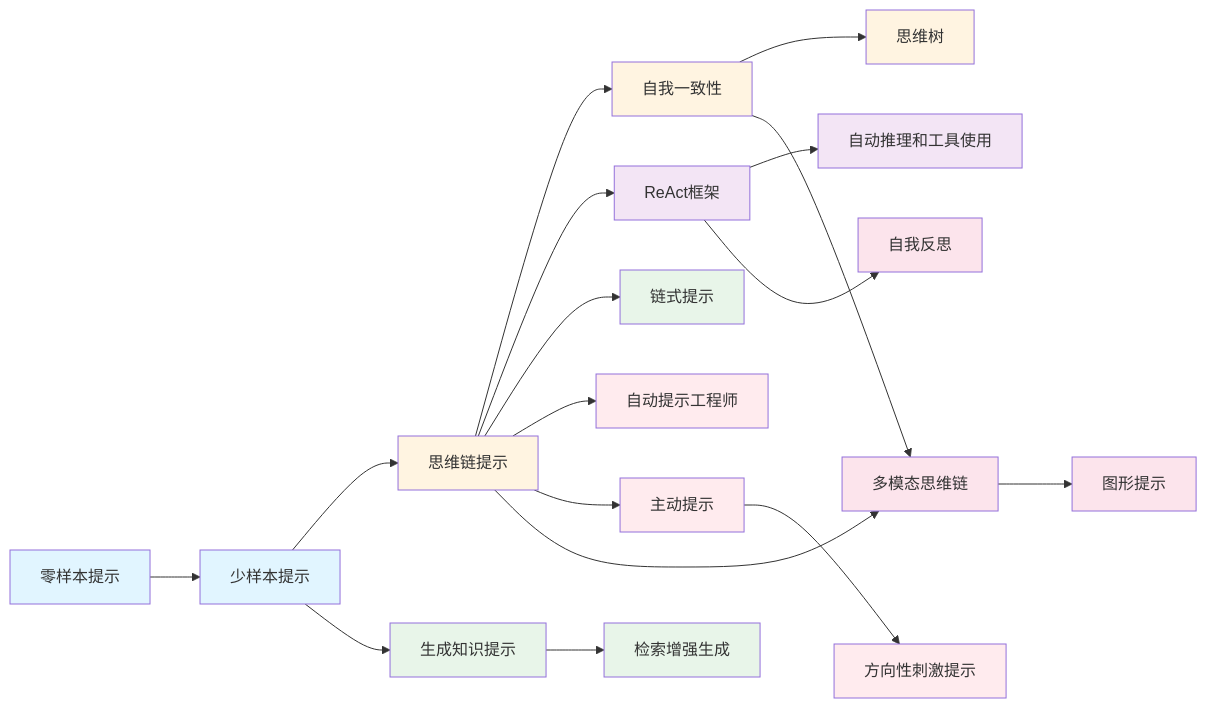
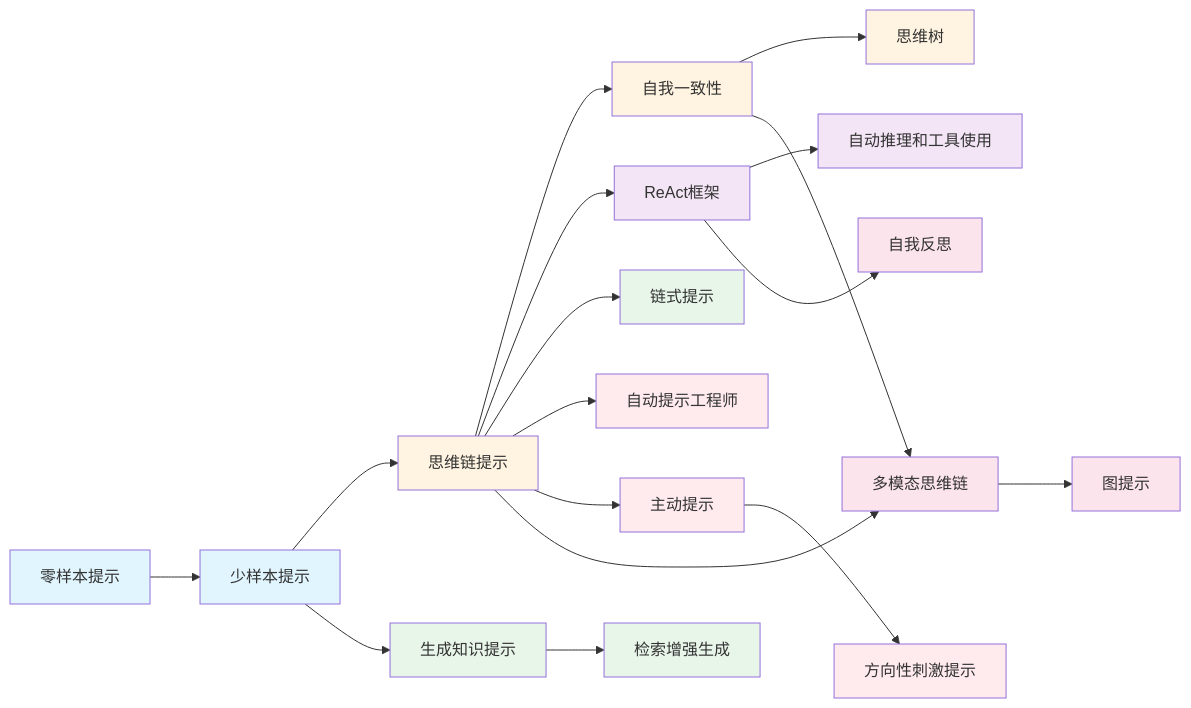
Before and after one commit to lihaizhong/ai-agent-upgrade: diagram 19 of 21 in notebook/00-prompt-techniques-overview.md, drawn with Mermaid. The commit also changed other lines of this file and 15 other files, not shown here.

````diff
--- a/notebook/00-prompt-techniques-overview.md
+++ b/notebook/00-prompt-techniques-overview.md
@@ -858,41 +858,41 @@
 ```mermaid
 graph LR
     A[零样本提示] --> B[少样本提示]
     B --> C[思维链提示]
     C --> D[自我一致性]
     D --> E[思维树]
 
     B --> F[生成知识提示]
     C --> G[ReAct框架]
     G --> H[自动推理和工具使用]
 
     F --> I[检索增强生成]
     C --> J[链式提示]
 
     C --> K[自动提示工程师]
     C --> L[主动提示]
     L --> M[方向性刺激提示]
 
     G --> N[自我反思]
     C --> O[多模态思维链]
     D --> O
 
-    O --> P[图形提示]
+    O --> P[图提示]
 
     style A fill:#e1f5ff
     style B fill:#e1f5ff
     style C fill:#fff4e1
     style D fill:#fff4e1
     style E fill:#fff4e1
     style F fill:#e8f5e9
     style G fill:#f3e5f5
     style H fill:#f3e5f5
     style I fill:#e8f5e9
     style J fill:#e8f5e9
     style K fill:#ffebee
     style L fill:#ffebee
     style M fill:#ffebee
     style N fill:#fce4ec
     style O fill:#fce4ec
     style P fill:#fce4ec
 ```
````
